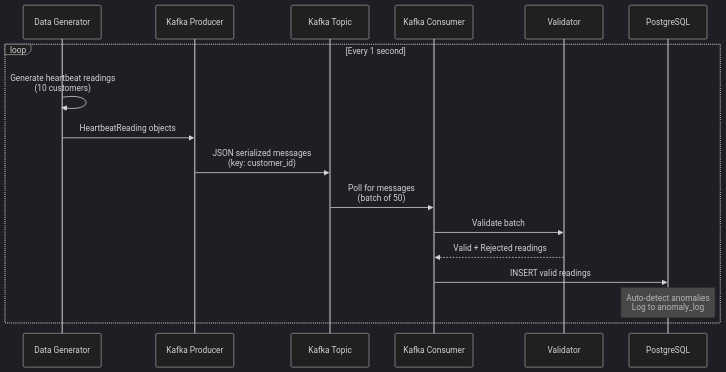
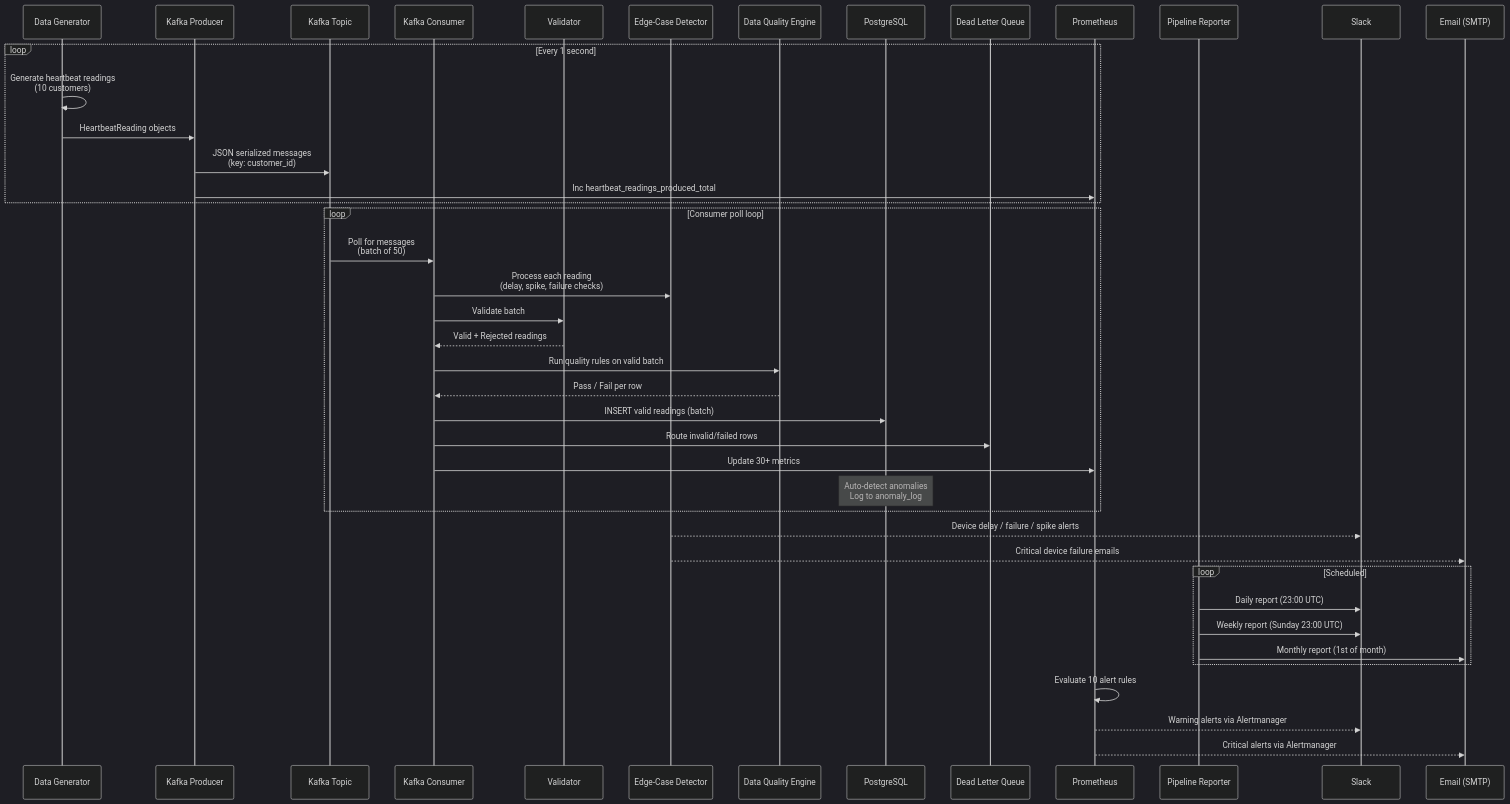
Before and after one commit to Emmanuel-kabu/Heart_beat_monitoring_pipeline: the third of 5 diagrams in docs/data_flow_diagram.md, drawn with Mermaid (dark theme). The commit also changed other lines of this file and 1 other file, not shown here.

Commit message:
docs: update data flow diagrams and architecture decisions to match current state

````diff
--- a/docs/data_flow_diagram.md
+++ b/docs/data_flow_diagram.md
@@ -131,20 +166,49 @@
 ```mermaid
 sequenceDiagram
     participant Gen as Data Generator
     participant Prod as Kafka Producer
     participant Topic as Kafka Topic
     participant Cons as Kafka Consumer
     participant Val as Validator
+    participant Edge as Edge-Case Detector
+    participant DQ as Data Quality Engine
     participant DB as PostgreSQL
+    participant DLQ as Dead Letter Queue
+    participant Prom as Prometheus
+    participant Rep as Pipeline Reporter
+    participant Slack as Slack
+    participant Email as Email (SMTP)
 
     loop Every 1 second
         Gen->>Gen: Generate heartbeat readings<br/>(10 customers)
         Gen->>Prod: HeartbeatReading objects
         Prod->>Topic: JSON serialized messages<br/>(key: customer_id)
+        Prod->>Prom: Inc heartbeat_readings_produced_total
+    end
+
+    loop Consumer poll loop
         Topic->>Cons: Poll for messages<br/>(batch of 50)
+        Cons->>Edge: Process each reading<br/>(delay, spike, failure checks)
         Cons->>Val: Validate batch
         Val-->>Cons: Valid + Rejected readings
-        Cons->>DB: INSERT valid readings
+        Cons->>DQ: Run quality rules on valid batch
+        DQ-->>Cons: Pass / Fail per row
+        Cons->>DB: INSERT valid readings (batch)
+        Cons->>DLQ: Route invalid/failed rows
+        Cons->>Prom: Update 30+ metrics
         Note over DB: Auto-detect anomalies<br/>Log to anomaly_log
     end
+
+    Edge-->>Slack: Device delay / failure / spike alerts
+    Edge-->>Email: Critical device failure emails
+
+    loop Scheduled
+        Rep->>Slack: Daily report (23:00 UTC)
+        Rep->>Slack: Weekly report (Sunday 23:00 UTC)
+        Rep->>Email: Monthly report (1st of month)
+    end
+
+    Prom->>Prom: Evaluate 10 alert rules
+    Prom-->>Slack: Warning alerts via Alertmanager
+    Prom-->>Email: Critical alerts via Alertmanager
 ```
````
